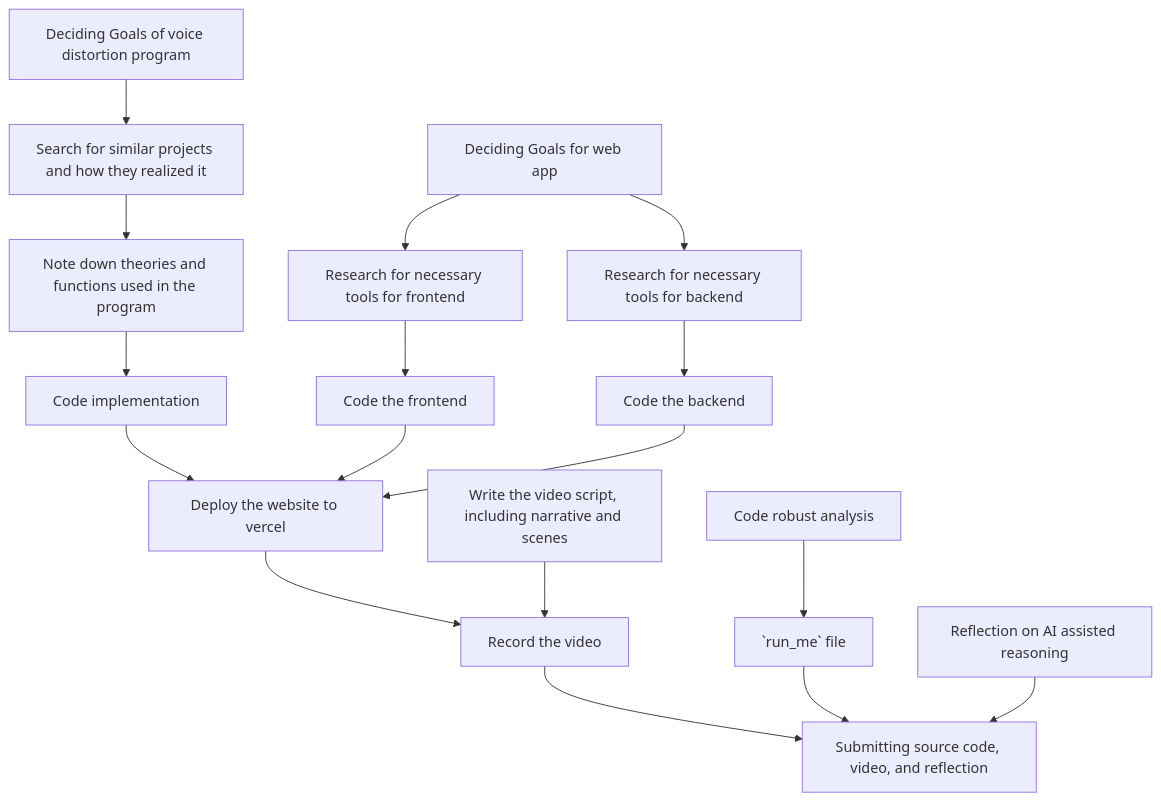
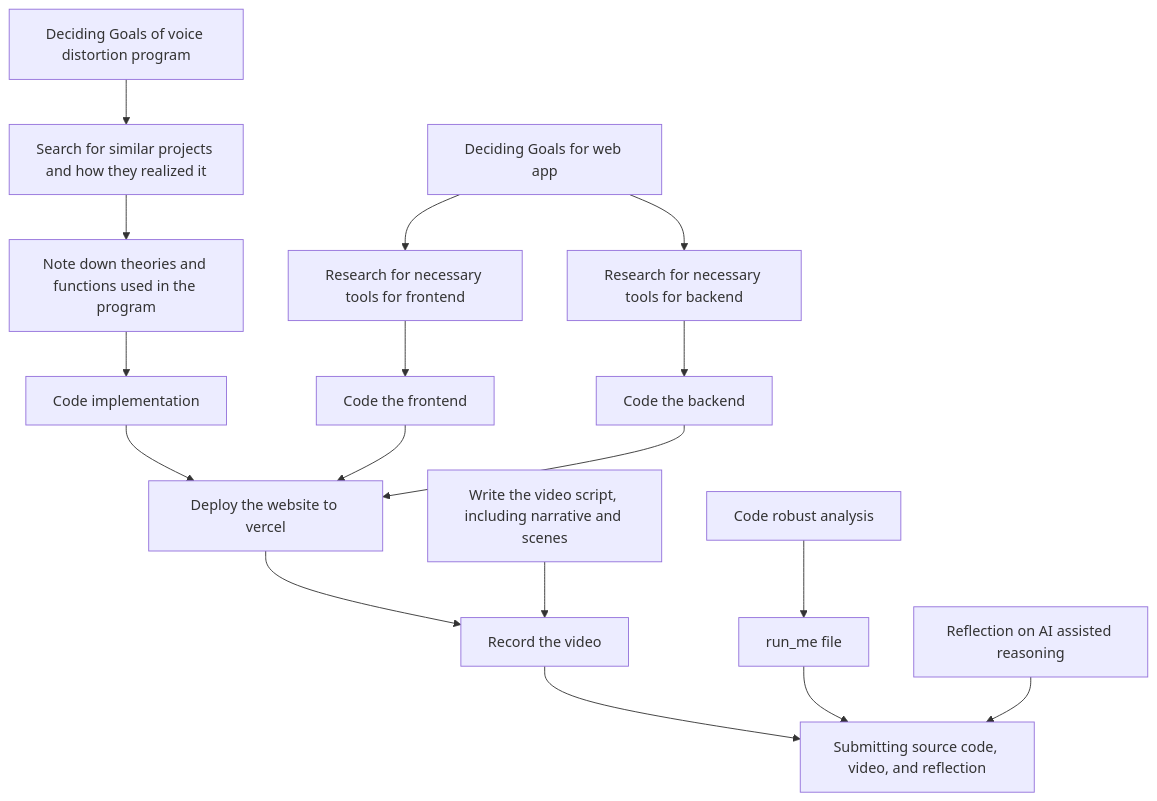
Before and after one commit to devkamiki/VoiceDistortion: the first of 2 diagrams in README.md, drawn with Mermaid.

Commit message:
flowchart rendering fix

````diff
--- a/README.md
+++ b/README.md
@@ -12,22 +12,22 @@
 ```mermaid
 flowchart TD
   
   A[Deciding Goals of voice distortion program] --> B[Search for similar projects and how they realized it] --> C[Note down theories and functions used in the program] --> D[Code implementation]
   E[Deciding Goals for web app] --> F[Research for necessary tools for frontend] --> G[Code the frontend]
  E --> H[Research for necessary tools for backend] --> I[Code the backend]
  J[Deploy the website to vercel]
  D --> J
  G --> J
  I --> J
  K[Write the video script, including narrative and scenes]
  L[Record the video]
  J --> L
  K --> L
  N[Reflection on AI assisted reasoning]
- O[`run_me` file]
+ O["run_me" file]
  L --> M[Submitting source code, video, and reflection]
  O --> M
  N --> M
  P[Code robust analysis]
  P-->O
 ```
````
